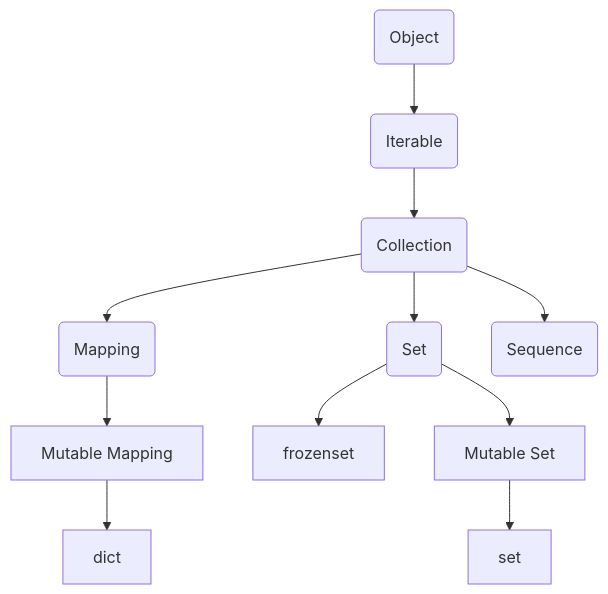
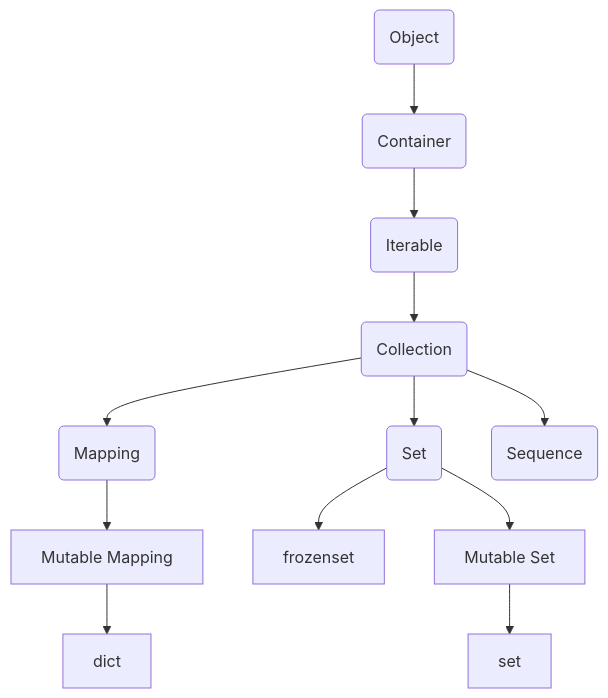
Before and after one commit to hanoufalmogri/python: the diagram in book/08_collections.qmd, drawn with Mermaid. The commit also changed other lines of this file, not shown here.

Commit message:
chapter 08 collections: fix translation, and diagram

````diff
--- a/book/08_collections.qmd
+++ b/book/08_collections.qmd
@@ -6,16 +6,17 @@
 ```{mermaid}
 %% | fig-cap: شجرة التجميعات
 %% | label: fig-collections-tree
 graph TD
     A(Object)
-    A --> A4(Iterable)
+    A --> A5(Container)
+    A5 --> A4(Iterable)
         A4 --> A3(Collection)
             A3 --> A321(Mapping)
                 A321 --> A3211[Mutable Mapping]
                     A3211 --> A32111[dict]
             A3 --> A322(Set)
                 A322 --> A3221[frozenset]
                 A322 --> A3222[Mutable Set]
                     A3222 --> A32221[set]
             A3 --> A323(Sequence)
 ```
````
